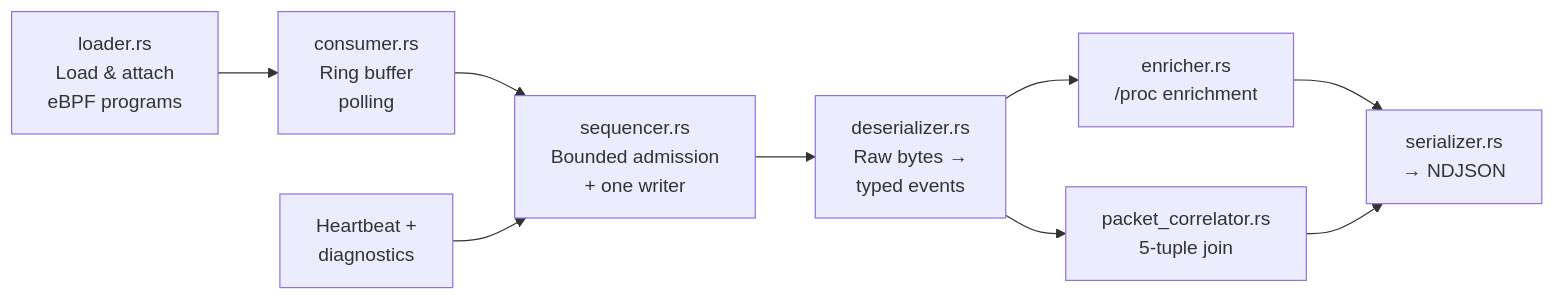
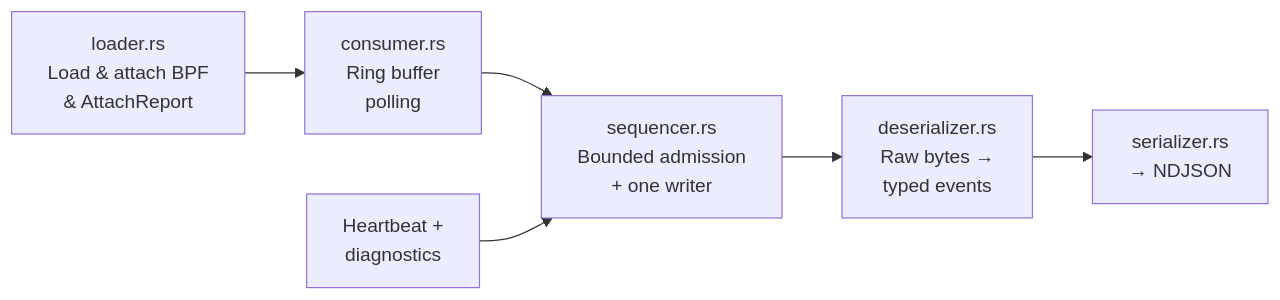
Before and after one commit to abyss0-dev/bloodhound: the diagram in bloodhound/README.md, drawn with Mermaid. The commit also changed other lines of this file and 41 other files, not shown here.

````diff
--- a/bloodhound/README.md
+++ b/bloodhound/README.md
@@ -7,15 +7,13 @@
 ```mermaid
 graph LR
-    Loader["loader.rs<br/>Load & attach<br/>eBPF programs"]
+    Loader["loader.rs<br/>Load & attach BPF<br/>& AttachReport"]
     Consumer["consumer.rs<br/>Ring buffer<br/>polling"]
     Sequencer["sequencer.rs<br/>Bounded admission<br/>+ one writer"]
     Synth["Heartbeat +<br/>diagnostics"]
     Deser["deserializer.rs<br/>Raw bytes →<br/>typed events"]
-    Enricher["enricher.rs<br/>/proc enrichment"]
-    PktCorr["packet_correlator.rs<br/>5-tuple join"]
     Serializer["serializer.rs<br/>→ NDJSON"]
 
-    Loader --> Consumer --> Sequencer --> Deser --> Enricher --> Serializer
+    Loader --> Consumer --> Sequencer
     Synth --> Sequencer
-    Deser --> PktCorr --> Serializer
+    Sequencer --> Deser --> Serializer
 ```
````
